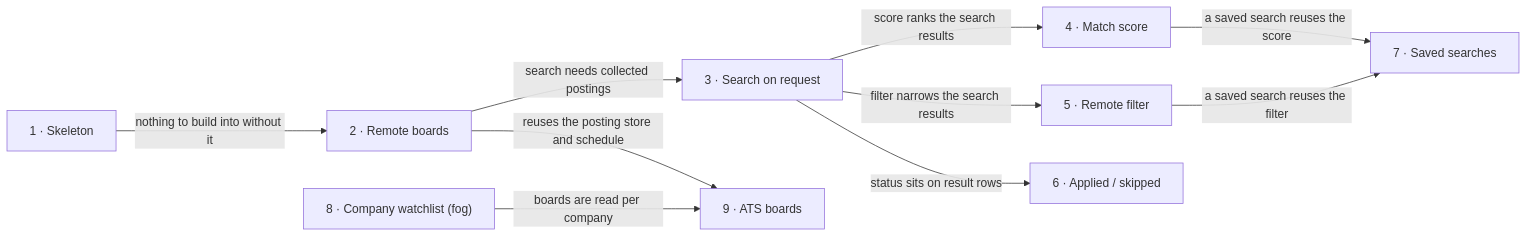
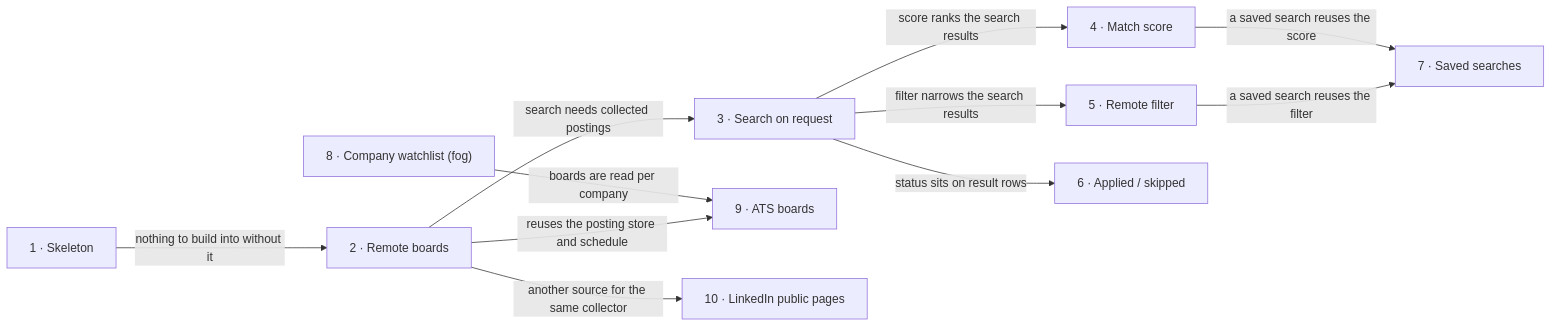
Before and after one commit to DeveloperFromUkraine/job-radar: the diagram in docs/roadmap.md, drawn with Mermaid. The commit also changed other lines of this file and 1 other file, not shown here.

First line of the commit message:
roadmap: add LinkedIn public guest pages as source (step 10)

````diff
--- a/docs/roadmap.md
+++ b/docs/roadmap.md
@@ -64,12 +65,13 @@
 ```mermaid
 flowchart LR
   s1["1 · Skeleton"] -->|nothing to build into without it| s2["2 · Remote boards"]
   s2 -->|search needs collected postings| s3["3 · Search on request"]
   s3 -->|score ranks the search results| s4["4 · Match score"]
   s3 -->|filter narrows the search results| s5["5 · Remote filter"]
   s3 -->|status sits on result rows| s6["6 · Applied / skipped"]
   s4 -->|a saved search reuses the score| s7["7 · Saved searches"]
   s5 -->|a saved search reuses the filter| s7
   s8["8 · Company watchlist (fog)"] -->|boards are read per company| s9["9 · ATS boards"]
   s2 -->|reuses the posting store and schedule| s9
+  s2 -->|another source for the same collector| s10["10 · LinkedIn public pages"]
 ```
````
